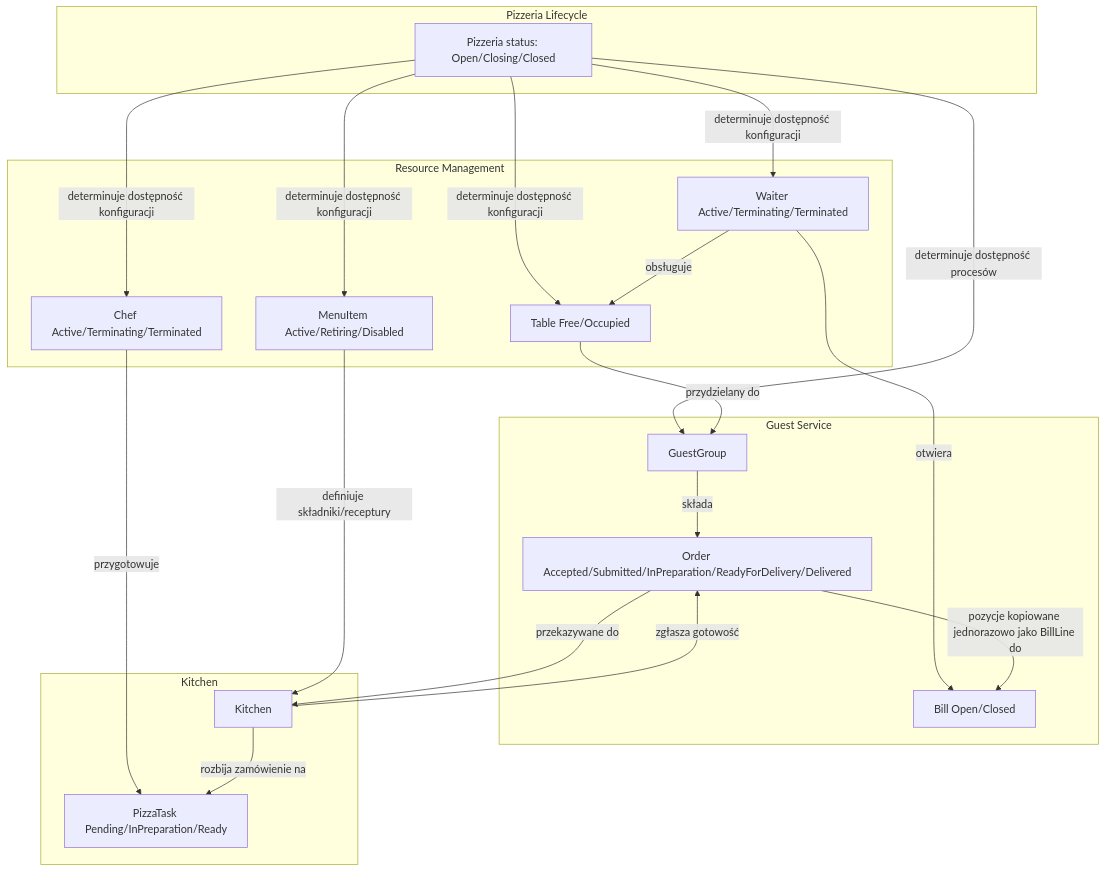
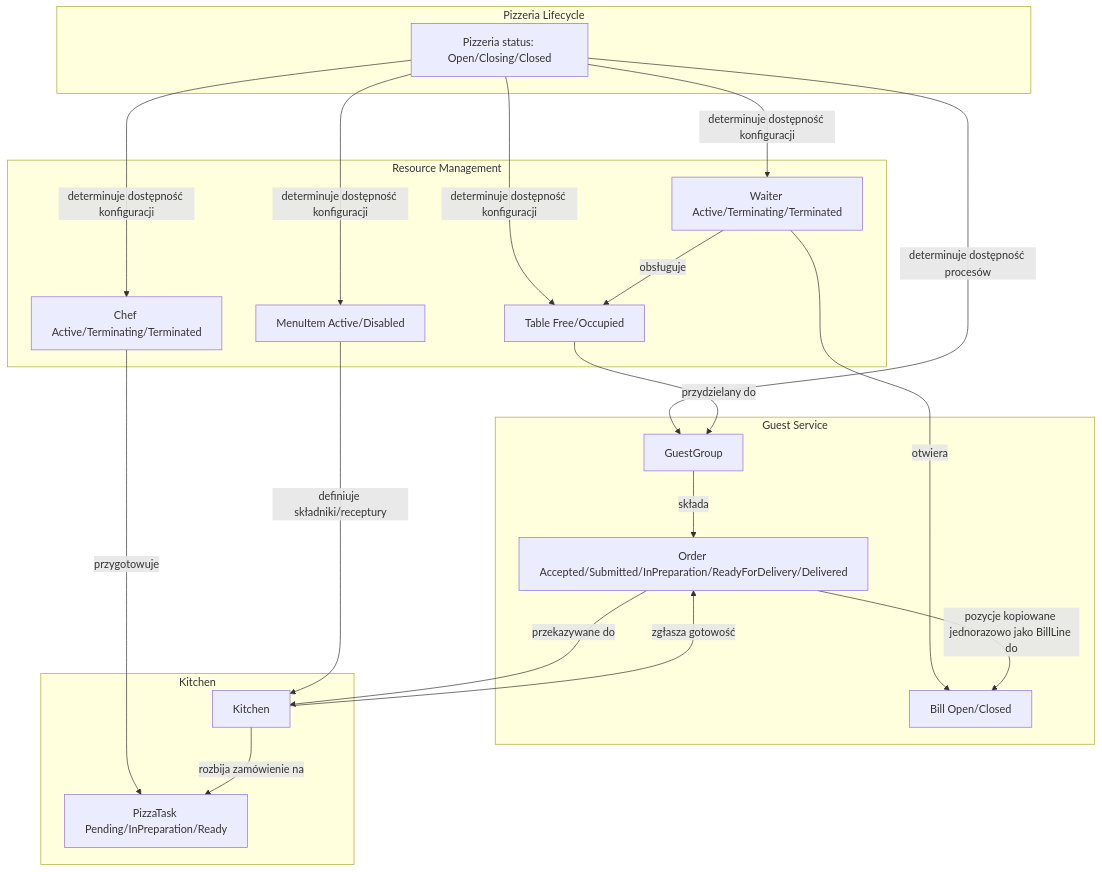
The diagram in doc/320_domain_model.md (mmalessa/pizzeria), drawn with Mermaid before and after one commit. The commit also changed other lines of this file and 12 other files, not shown here.

````diff
--- a/doc/320_domain_model.md
+++ b/doc/320_domain_model.md
@@ -301,42 +300,42 @@
 ```mermaid
 flowchart TD
 
   subgraph PizzeriaLifecycle["Pizzeria Lifecycle"]
     P[Pizzeria status: Open/Closing/Closed]
   end
 
   subgraph ResourceManagement["Resource Management"]
     T[Table Free/Occupied]
-    M[MenuItem Active/Retiring/Disabled]
+    M[MenuItem Active/Disabled]
     W[Waiter Active/Terminating/Terminated]
     C[Chef Active/Terminating/Terminated]
   end
 
   subgraph GuestService["Guest Service"]
     G[GuestGroup]
     B[Bill Open/Closed]
     O[Order Accepted/Submitted/InPreparation/ReadyForDelivery/Delivered]
   end
 
   subgraph Kitchen["Kitchen"]
     K[Kitchen]
     PT[PizzaTask Pending/InPreparation/Ready]
   end
 
   P -->|determinuje dostępność procesów| G
   P -->|determinuje dostępność konfiguracji| T
   P -->|determinuje dostępność konfiguracji| M
   P -->|determinuje dostępność konfiguracji| W
   P -->|determinuje dostępność konfiguracji| C
 
   T -->|przydzielany do| G
   W -->|obsługuje| T
   W -->|otwiera| B
   G -->|składa| O
   O -->|pozycje kopiowane jednorazowo jako BillLine do| B
   O -->|przekazywane do| K
   M -->|definiuje składniki/receptury| K
   C -->|przygotowuje| PT
   K -->|rozbija zamówienie na| PT
   K -->|zgłasza gotowość| O
 ```
````
